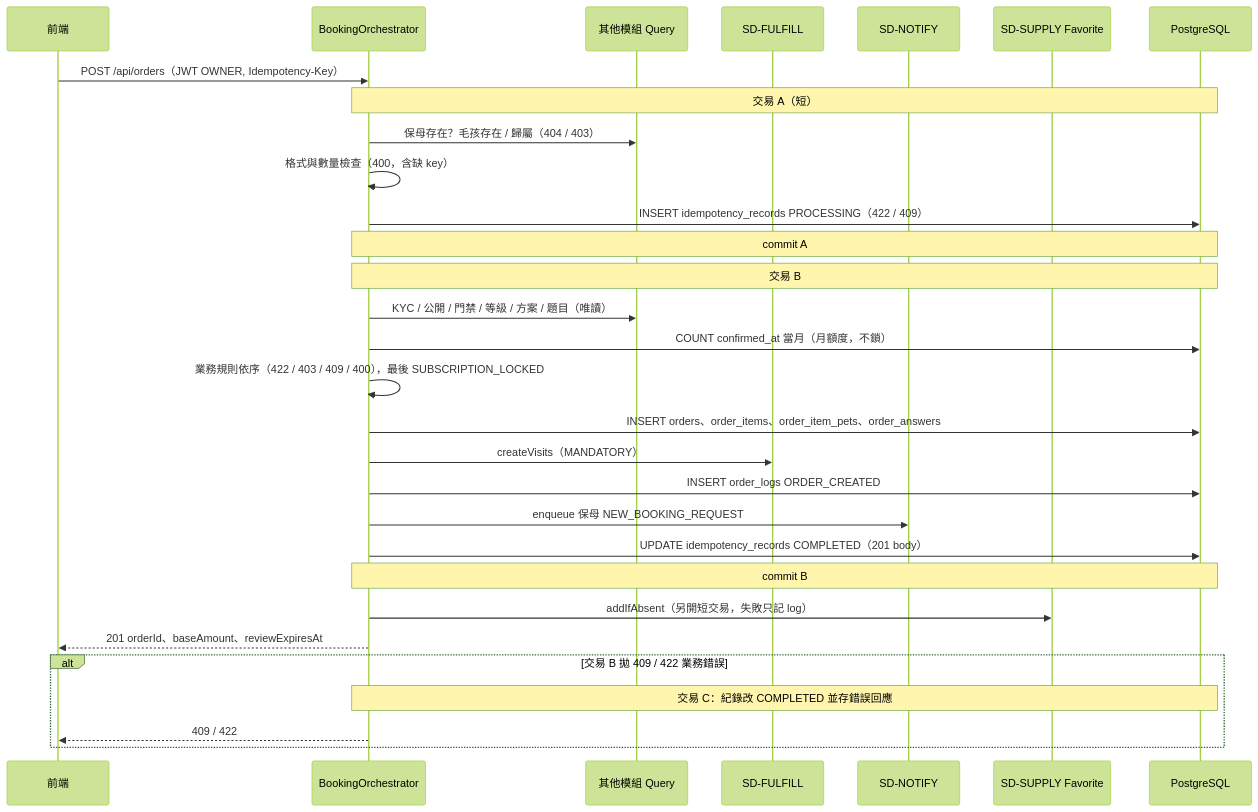
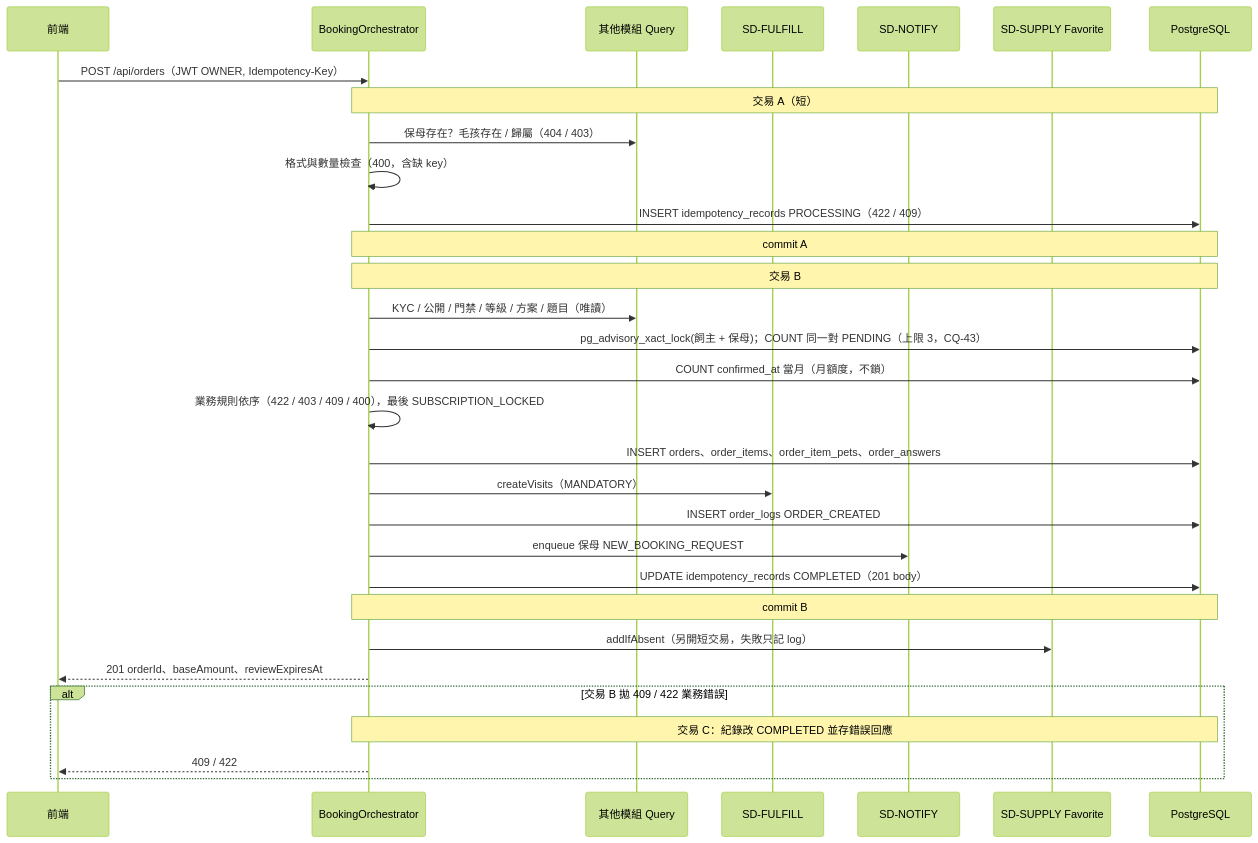
The sixth of 11 diagrams in docs/sd/SD-ORDER.md (willchiangch/cat-sitter-project), drawn with Mermaid (forest theme) before and after one commit. The commit also changed other lines of this file and 3 other files, not shown here.

````diff
--- a/docs/sd/SD-ORDER.md
+++ b/docs/sd/SD-ORDER.md
@@ -719,32 +721,33 @@
 ```mermaid
 sequenceDiagram
     participant FE as 前端
     participant ORC as BookingOrchestrator
     participant EXT as 其他模組 Query
     participant FUL as SD-FULFILL
     participant NOT as SD-NOTIFY
     participant SUP as SD-SUPPLY Favorite
     participant DB as PostgreSQL
     FE->>ORC: POST /api/orders（JWT OWNER, Idempotency-Key）
     Note over ORC,DB: 交易 A（短）
     ORC->>EXT: 保母存在？毛孩存在 / 歸屬（404 / 403）
     ORC->>ORC: 格式與數量檢查（400，含缺 key）
     ORC->>DB: INSERT idempotency_records PROCESSING（422 / 409）
     Note over ORC,DB: commit A
     Note over ORC,DB: 交易 B
     ORC->>EXT: KYC / 公開 / 門禁 / 等級 / 方案 / 題目（唯讀）
+    ORC->>DB: pg_advisory_xact_lock(飼主 + 保母)；COUNT 同一對 PENDING（上限 3，CQ-43）
     ORC->>DB: COUNT confirmed_at 當月（月額度，不鎖）
     ORC->>ORC: 業務規則依序（422 / 403 / 409 / 400），最後 SUBSCRIPTION_LOCKED
     ORC->>DB: INSERT orders、order_items、order_item_pets、order_answers
     ORC->>FUL: createVisits（MANDATORY）
     ORC->>DB: INSERT order_logs ORDER_CREATED
     ORC->>NOT: enqueue 保母 NEW_BOOKING_REQUEST
     ORC->>DB: UPDATE idempotency_records COMPLETED（201 body）
     Note over ORC,DB: commit B
     ORC->>SUP: addIfAbsent（另開短交易，失敗只記 log）
     ORC-->>FE: 201 orderId、baseAmount、reviewExpiresAt
     alt 交易 B 拋 409 / 422 業務錯誤
         Note over ORC,DB: 交易 C：紀錄改 COMPLETED 並存錯誤回應
         ORC-->>FE: 409 / 422
     end
 ```
````
